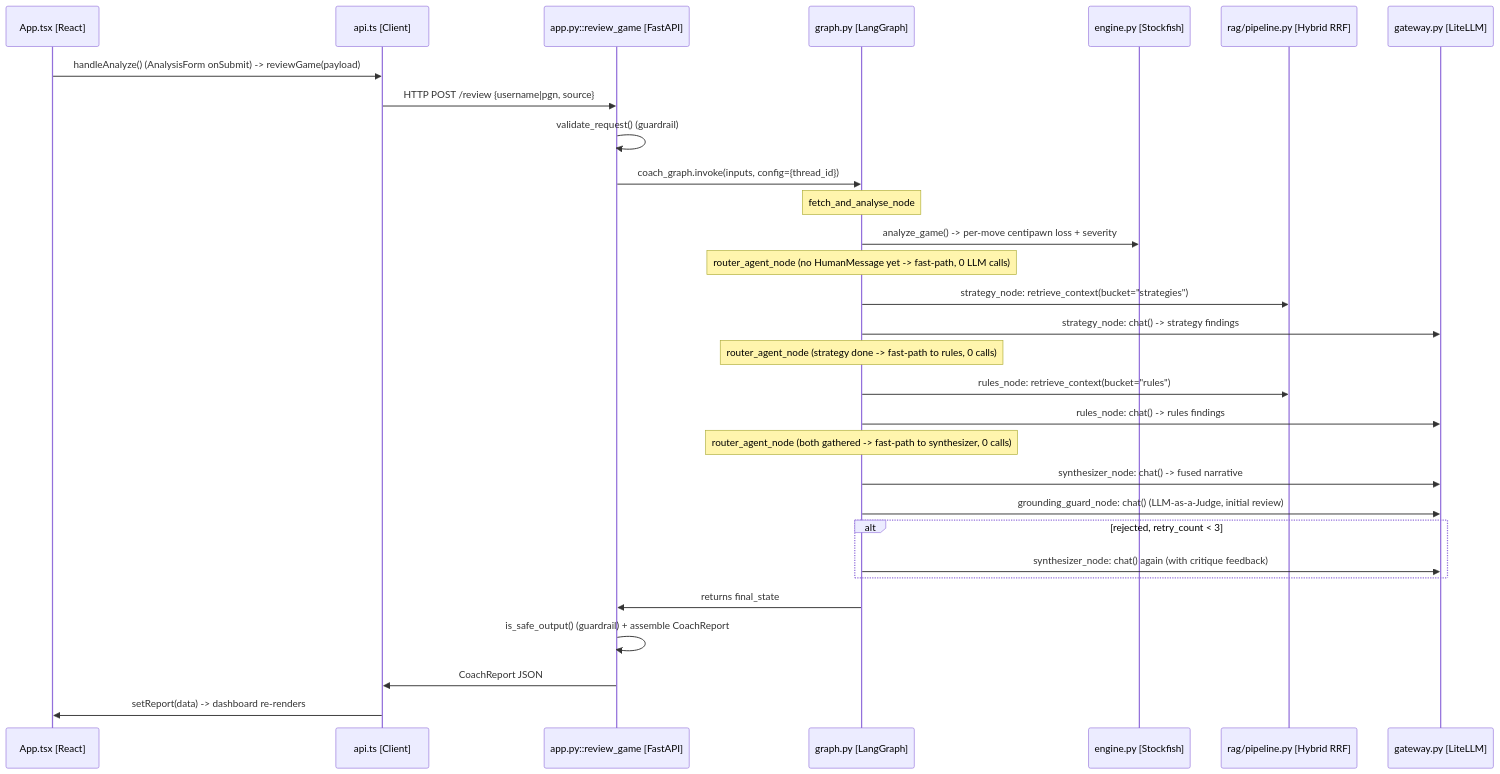
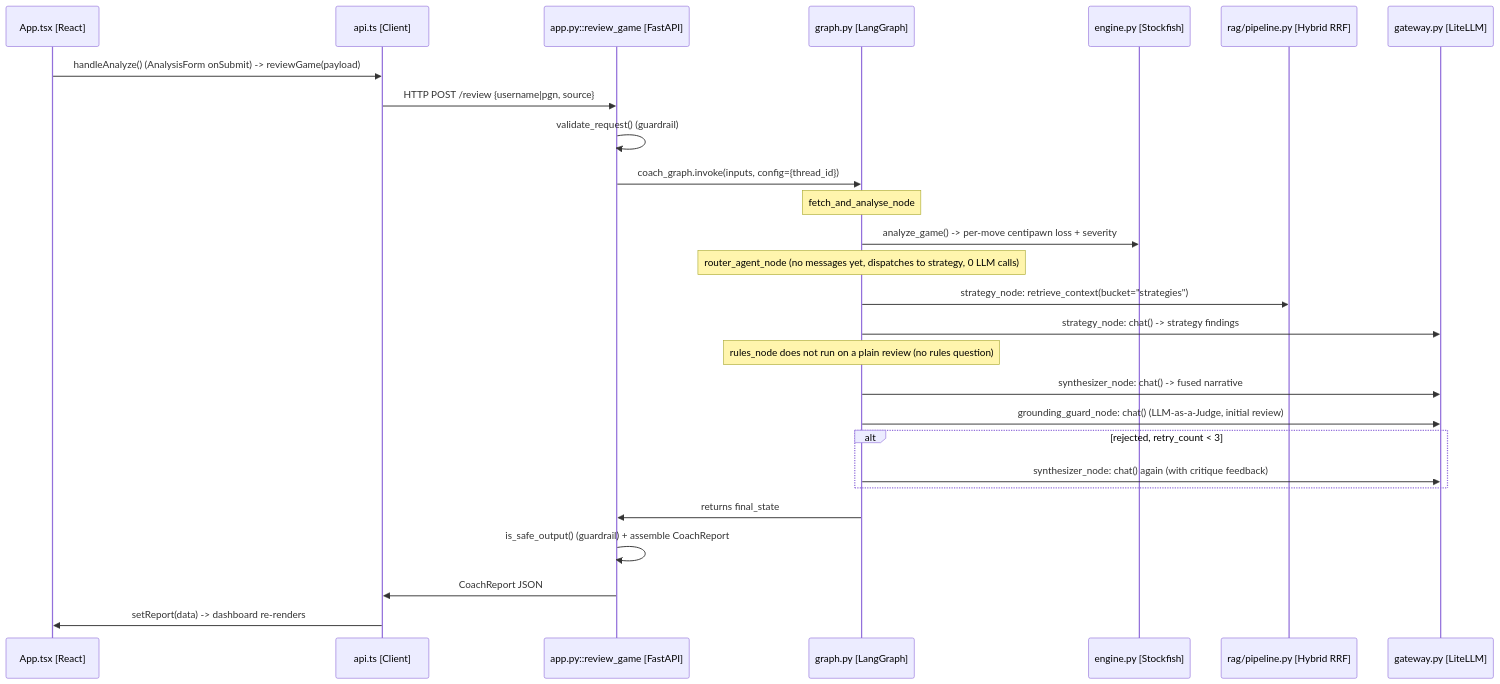
The first of 2 diagrams in docs/diagrams/request-lifecycle.md (rakeshnetdev/AIEC01_CERT_CHLG_GRANDMATE), drawn with Mermaid before and after one commit. The commit also changed other lines of this file and 1 other file, not shown here.

First line of the commit message:
docs: fix mermaid parse error and update the stale sequence diagrams

````diff
--- a/docs/diagrams/request-lifecycle.md
+++ b/docs/diagrams/request-lifecycle.md
@@ -15,33 +15,30 @@
 ```mermaid
 sequenceDiagram
     participant UI as App.tsx [React]
     participant Client as api.ts [Client]
     participant API as app.py::review_game [FastAPI]
     participant Graph as graph.py [LangGraph]
     participant Eng as engine.py [Stockfish]
     participant RAG as rag/pipeline.py [Hybrid RRF]
     participant GW as gateway.py [LiteLLM]
 
     UI->>Client: handleAnalyze() (AnalysisForm onSubmit) -> reviewGame(payload)
     Client->>API: HTTP POST /review {username|pgn, source}
     API->>API: validate_request() (guardrail)
     API->>Graph: coach_graph.invoke(inputs, config={thread_id})
     Note over Graph: fetch_and_analyse_node
     Graph->>Eng: analyze_game() -> per-move centipawn loss + severity
-    Note over Graph: router_agent_node (no HumanMessage yet -> fast-path, 0 LLM calls)
+    Note over Graph: router_agent_node (no messages yet, dispatches to strategy, 0 LLM calls)
     Graph->>RAG: strategy_node: retrieve_context(bucket="strategies")
     Graph->>GW: strategy_node: chat() -> strategy findings
-    Note over Graph: router_agent_node (strategy done -> fast-path to rules, 0 calls)
-    Graph->>RAG: rules_node: retrieve_context(bucket="rules")
-    Graph->>GW: rules_node: chat() -> rules findings
-    Note over Graph: router_agent_node (both gathered -> fast-path to synthesizer, 0 calls)
+    Note over Graph: rules_node does not run on a plain review (no rules question)
     Graph->>GW: synthesizer_node: chat() -> fused narrative
     Graph->>GW: grounding_guard_node: chat() (LLM-as-a-Judge, initial review)
     alt rejected, retry_count < 3
         Graph->>GW: synthesizer_node: chat() again (with critique feedback)
     end
     Graph->>API: returns final_state
     API->>API: is_safe_output() (guardrail) + assemble CoachReport
     API->>Client: CoachReport JSON
     Client->>UI: setReport(data) -> dashboard re-renders
 ```
````
